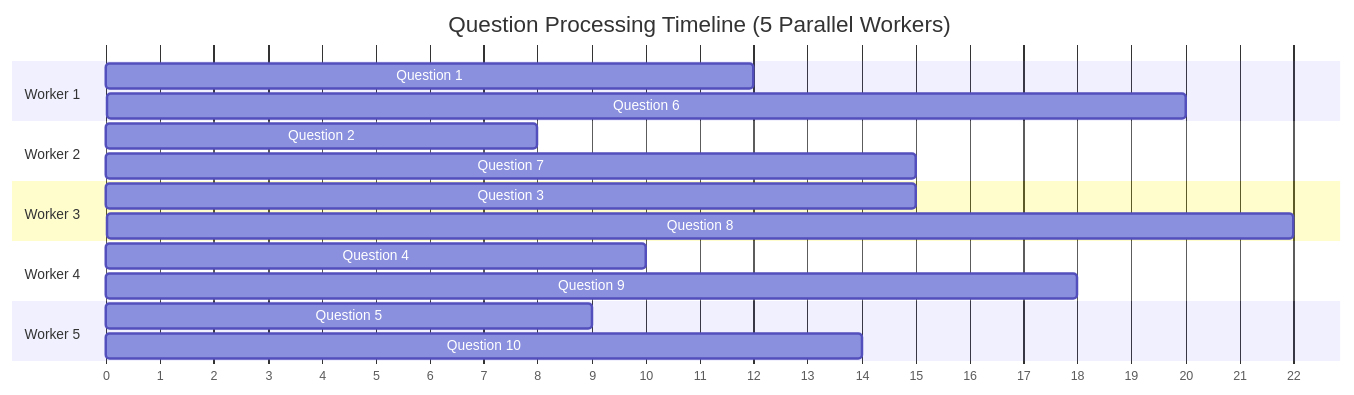
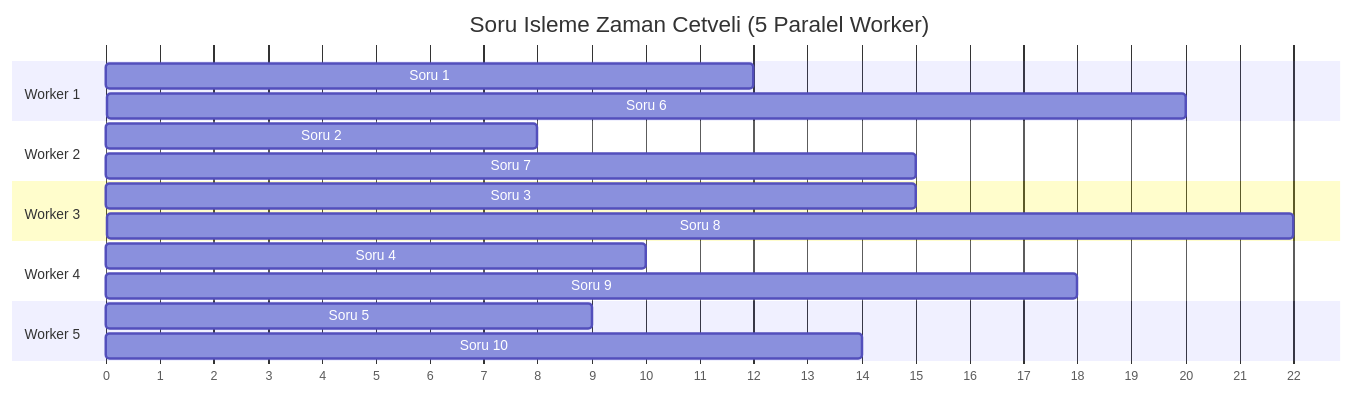
One commit to fillopisyu/KKB-Project changed the seventh of 8 diagrams in README.md. Above: the diagram before and after it, drawn with Mermaid. The commit also changed other lines of this file, not shown here.

First line of the commit message:
docs: Translate README to Turkish and fix Mermaid syntax errors

````diff
--- a/README.md
+++ b/README.md
@@ -447,26 +447,26 @@
 ```mermaid
 gantt
-    title Question Processing Timeline (5 Parallel Workers)
+    title Soru Isleme Zaman Cetveli (5 Paralel Worker)
     dateFormat X
     axisFormat %s
     
     section Worker 1
-    Question 1 :0, 12
-    Question 6 :12, 20
+    Soru 1 :0, 12
+    Soru 6 :12, 20
     
     section Worker 2
-    Question 2 :0, 8
-    Question 7 :8, 15
+    Soru 2 :0, 8
+    Soru 7 :8, 15
     
     section Worker 3
-    Question 3 :0, 15
-    Question 8 :15, 22
+    Soru 3 :0, 15
+    Soru 8 :15, 22
     
     section Worker 4
-    Question 4 :0, 10
-    Question 9 :10, 18
+    Soru 4 :0, 10
+    Soru 9 :10, 18
     
     section Worker 5
-    Question 5 :0, 9
-    Question 10 :9, 14
+    Soru 5 :0, 9
+    Soru 10 :9, 14
 ```
````
